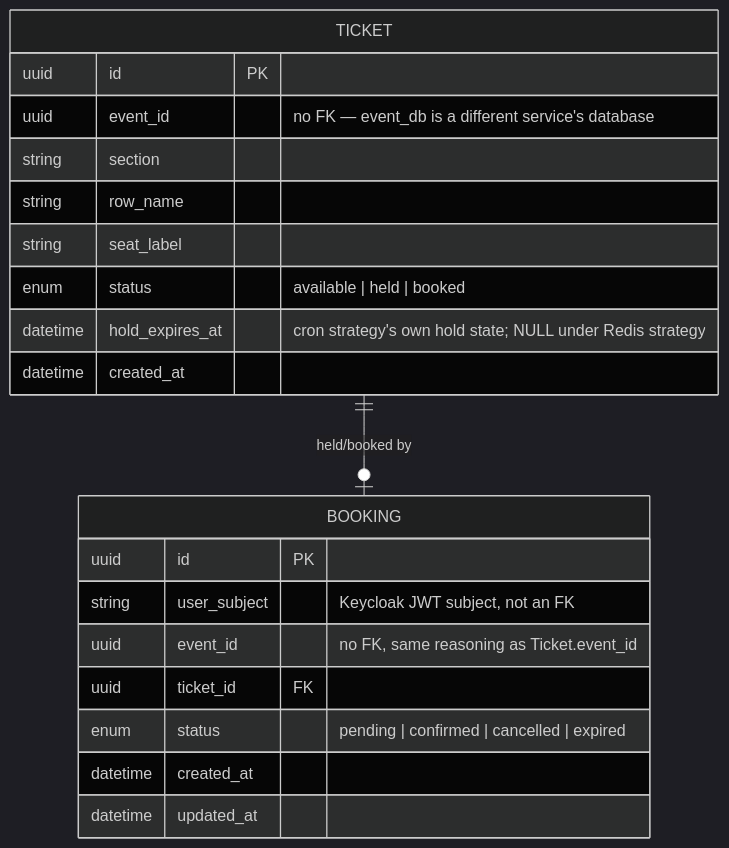
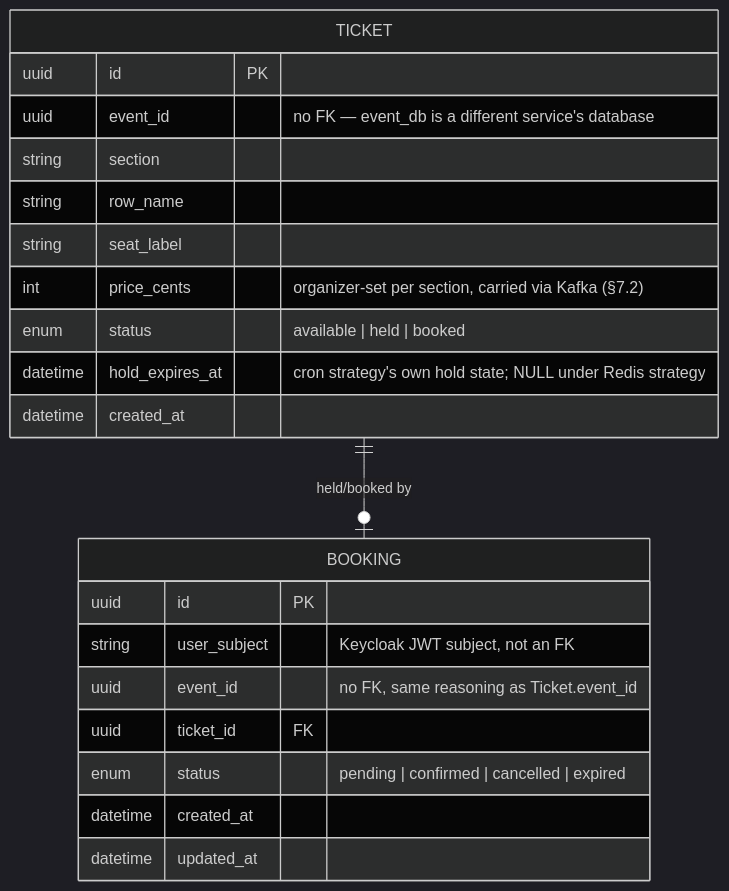
Before and after one commit to STRYKER316/event-ticketing-platform: the second of 3 diagrams in docs/report/database-schema-design.md, drawn with Mermaid (dark theme). The commit also changed other lines of this file and 4 other files, not shown here.

Commit message:
docs: draft Phase 4 report evidence across class diagrams, schema, testing, requirements

````diff
--- a/docs/report/database-schema-design.md
+++ b/docs/report/database-schema-design.md
@@ -169,24 +176,25 @@
 ```mermaid
 erDiagram
     TICKET ||--o| BOOKING : "held/booked by"
 
     TICKET {
         uuid id PK
         uuid event_id "no FK — event_db is a different service's database"
         string section
         string row_name
         string seat_label
+        int price_cents "organizer-set per section, carried via Kafka (§7.2)"
         enum status "available | held | booked"
         datetime hold_expires_at "cron strategy's own hold state; NULL under Redis strategy"
         datetime created_at
     }
     BOOKING {
         uuid id PK
         string user_subject "Keycloak JWT subject, not an FK"
         uuid event_id "no FK, same reasoning as Ticket.event_id"
         uuid ticket_id FK
         enum status "pending | confirmed | cancelled | expired"
         datetime created_at
         datetime updated_at
     }
 ```
````
